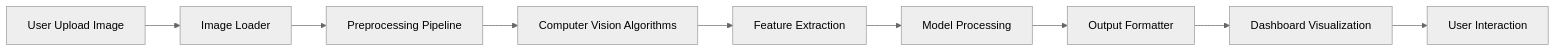
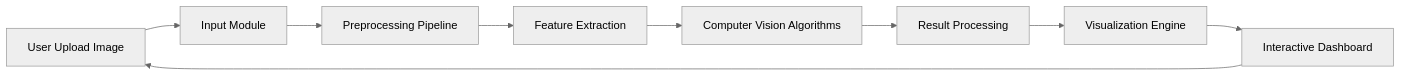
The sixth of 6 diagrams in README.md (RutujaKumbhar17/Computer-Vision-Playground-Dashboard), drawn with Mermaid (neutral theme) before and after one commit. The commit also changed other lines of this file, not shown here.

````diff
--- a/README.md
+++ b/README.md
@@ -156,22 +197,21 @@
 ```mermaid
 flowchart LR
 
-Input[User Upload Image]
+User[User Upload Image]
 
-Input --> Loader[Image Loader]
+User --> Input[Input Module]
 
-Loader --> Preprocess[Preprocessing Pipeline]
+Input --> Preprocess[Preprocessing Pipeline]
 
-Preprocess --> Algorithms[Computer Vision Algorithms]
+Preprocess --> Features[Feature Extraction]
 
-Algorithms --> Feature[Feature Extraction]
+Features --> Vision[Computer Vision Algorithms]
 
-Feature --> Model[Model Processing]
+Vision --> Results[Result Processing]
 
-Model --> Output[Output Formatter]
+Results --> Visualization[Visualization Engine]
 
-Output --> Display[Dashboard Visualization]
+Visualization --> Dashboard[Interactive Dashboard]
 
-Display --> UserInteraction[User Interaction]
-
+Dashboard --> User
 ```
````
